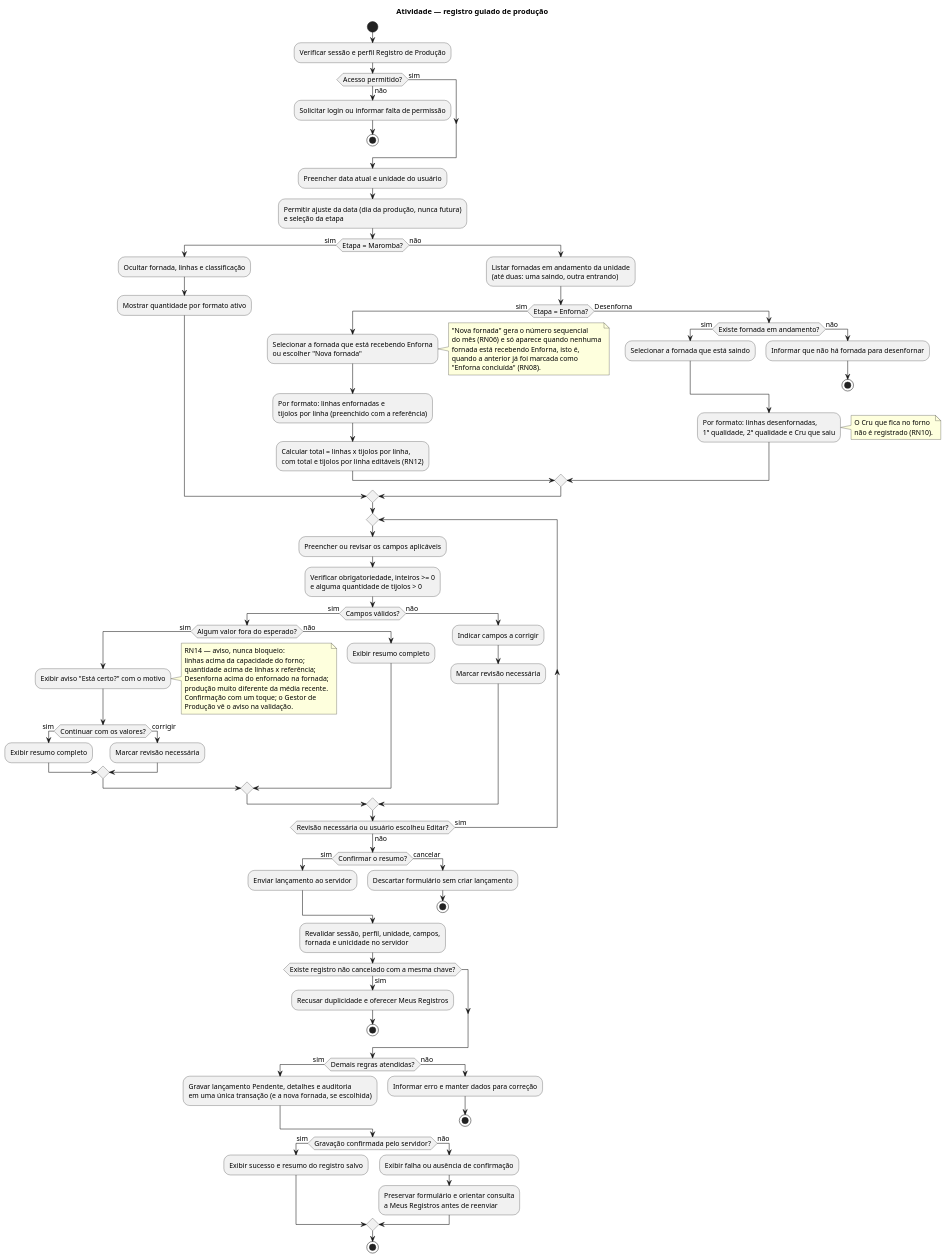
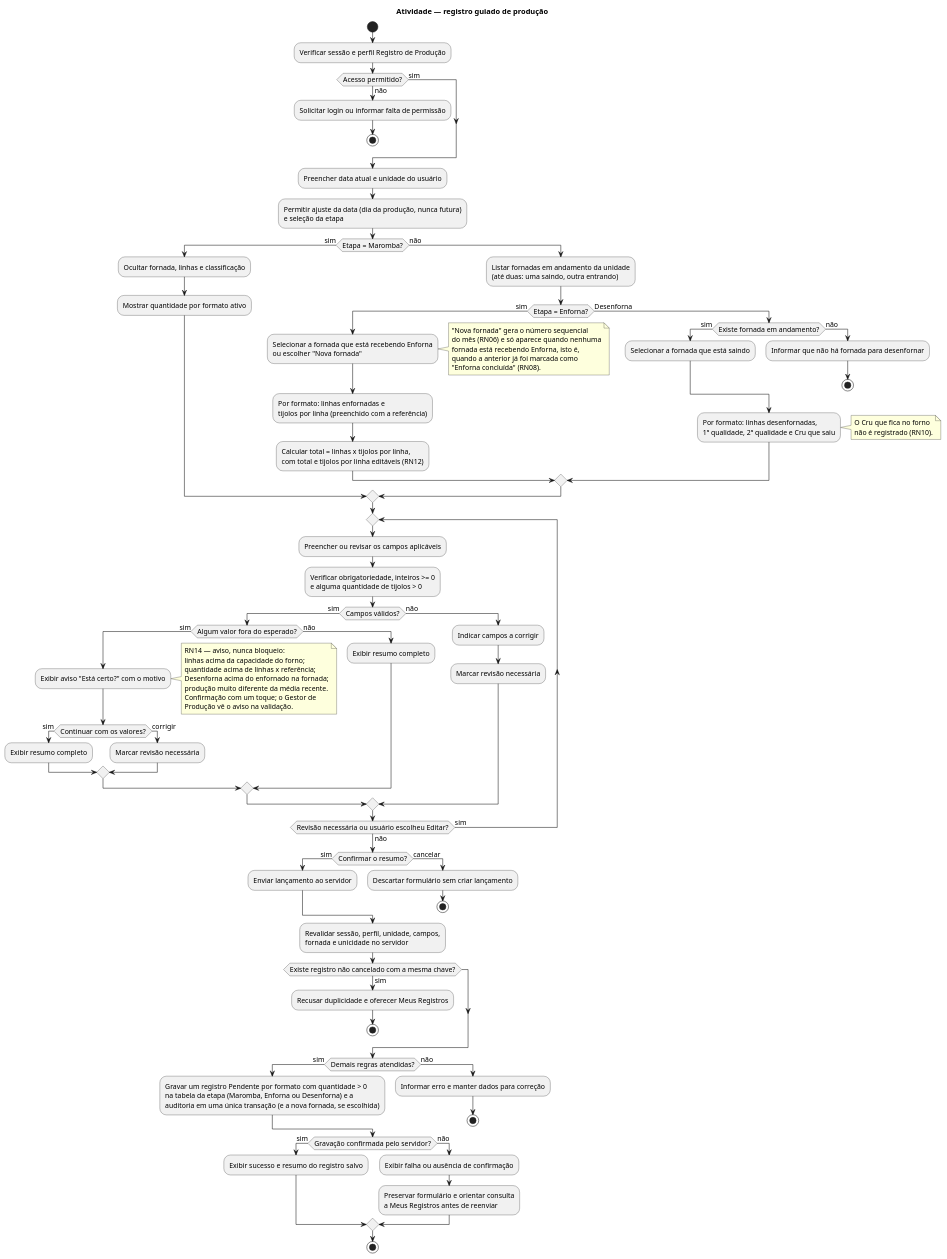
The diagram in docs/uml/03_atividade_registrar_producao.puml (emilynerys/Projeto-Cer-mica-SOCRE), drawn with PlantUML before and after one commit. The commit also changed 15 other files, not shown here.

First line of the commit message:
Separa Maromba, Enforna e Desenforna no modelo e nos diagramas

```diff
--- a/docs/uml/03_atividade_registrar_producao.puml
+++ b/docs/uml/03_atividade_registrar_producao.puml
@@ -1,112 +1,113 @@
 @startuml
 skinparam shadowing false
 skinparam defaultFontName Arial
 skinparam defaultFontSize 13
 title Atividade — registro guiado de produção
 
 start
 :Verificar sessão e perfil Registro de Produção;
 if (Acesso permitido?) then (sim)
 else (não)
   :Solicitar login ou informar falta de permissão;
   stop
 endif
 :Preencher data atual e unidade do usuário;
 :Permitir ajuste da data (dia da produção, nunca futura)
 e seleção da etapa;
 
 if (Etapa = Maromba?) then (sim)
   :Ocultar fornada, linhas e classificação;
   :Mostrar quantidade por formato ativo;
 else (não)
   :Listar fornadas em andamento da unidade
   (até duas: uma saindo, outra entrando);
   if (Etapa = Enforna?) then (sim)
     :Selecionar a fornada que está recebendo Enforna
     ou escolher "Nova fornada";
     note right
       "Nova fornada" gera o número sequencial
       do mês (RN06) e só aparece quando nenhuma
       fornada está recebendo Enforna, isto é,
       quando a anterior já foi marcada como
       "Enforna concluída" (RN08).
     end note
     :Por formato: linhas enfornadas e
     tijolos por linha (preenchido com a referência);
     :Calcular total = linhas x tijolos por linha,
     com total e tijolos por linha editáveis (RN12);
   else (Desenforna)
     if (Existe fornada em andamento?) then (sim)
       :Selecionar a fornada que está saindo;
     else (não)
       :Informar que não há fornada para desenfornar;
       stop
     endif
     :Por formato: linhas desenfornadas,
     1ª qualidade, 2ª qualidade e Cru que saiu;
     note right
       O Cru que fica no forno
       não é registrado (RN10).
     end note
   endif
 endif
 
 repeat
   :Preencher ou revisar os campos aplicáveis;
   :Verificar obrigatoriedade, inteiros >= 0
   e alguma quantidade de tijolos > 0;
   if (Campos válidos?) then (sim)
     if (Algum valor fora do esperado?) then (sim)
       :Exibir aviso "Está certo?" com o motivo;
       note right
         RN14 — aviso, nunca bloqueio:
         linhas acima da capacidade do forno;
         quantidade acima de linhas x referência;
         Desenforna acima do enfornado na fornada;
         produção muito diferente da média recente.
         Confirmação com um toque; o Gestor de
         Produção vê o aviso na validação.
       end note
       if (Continuar com os valores?) then (sim)
         :Exibir resumo completo;
       else (corrigir)
         :Marcar revisão necessária;
       endif
     else (não)
       :Exibir resumo completo;
     endif
   else (não)
     :Indicar campos a corrigir;
     :Marcar revisão necessária;
   endif
 repeat while (Revisão necessária ou usuário escolheu Editar?) is (sim) not (não)
 
 if (Confirmar o resumo?) then (sim)
   :Enviar lançamento ao servidor;
 else (cancelar)
   :Descartar formulário sem criar lançamento;
   stop
 endif
 
 :Revalidar sessão, perfil, unidade, campos,
 fornada e unicidade no servidor;
 if (Existe registro não cancelado com a mesma chave?) then (sim)
   :Recusar duplicidade e oferecer Meus Registros;
   stop
 endif
 if (Demais regras atendidas?) then (sim)
-  :Gravar lançamento Pendente, detalhes e auditoria
-  em uma única transação (e a nova fornada, se escolhida);
+  :Gravar um registro Pendente por formato com quantidade > 0
+  na tabela da etapa (Maromba, Enforna ou Desenforna) e a
+  auditoria em uma única transação (e a nova fornada, se escolhida);
 else (não)
   :Informar erro e manter dados para correção;
   stop
 endif
 if (Gravação confirmada pelo servidor?) then (sim)
   :Exibir sucesso e resumo do registro salvo;
 else (não)
   :Exibir falha ou ausência de confirmação;
   :Preservar formulário e orientar consulta
   a Meus Registros antes de reenviar;
 endif
 stop
 @enduml
```
